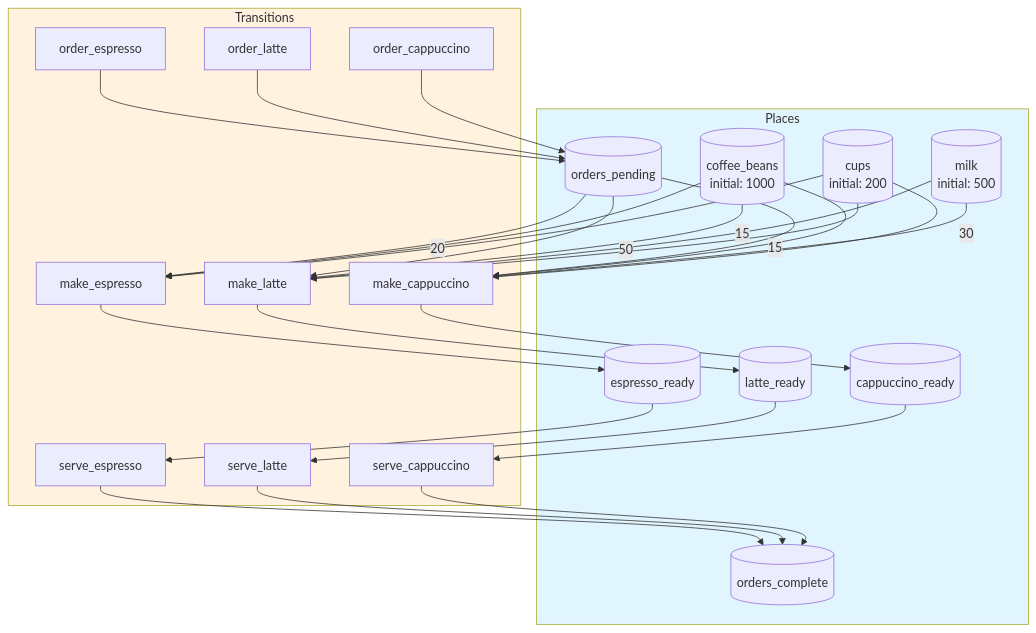
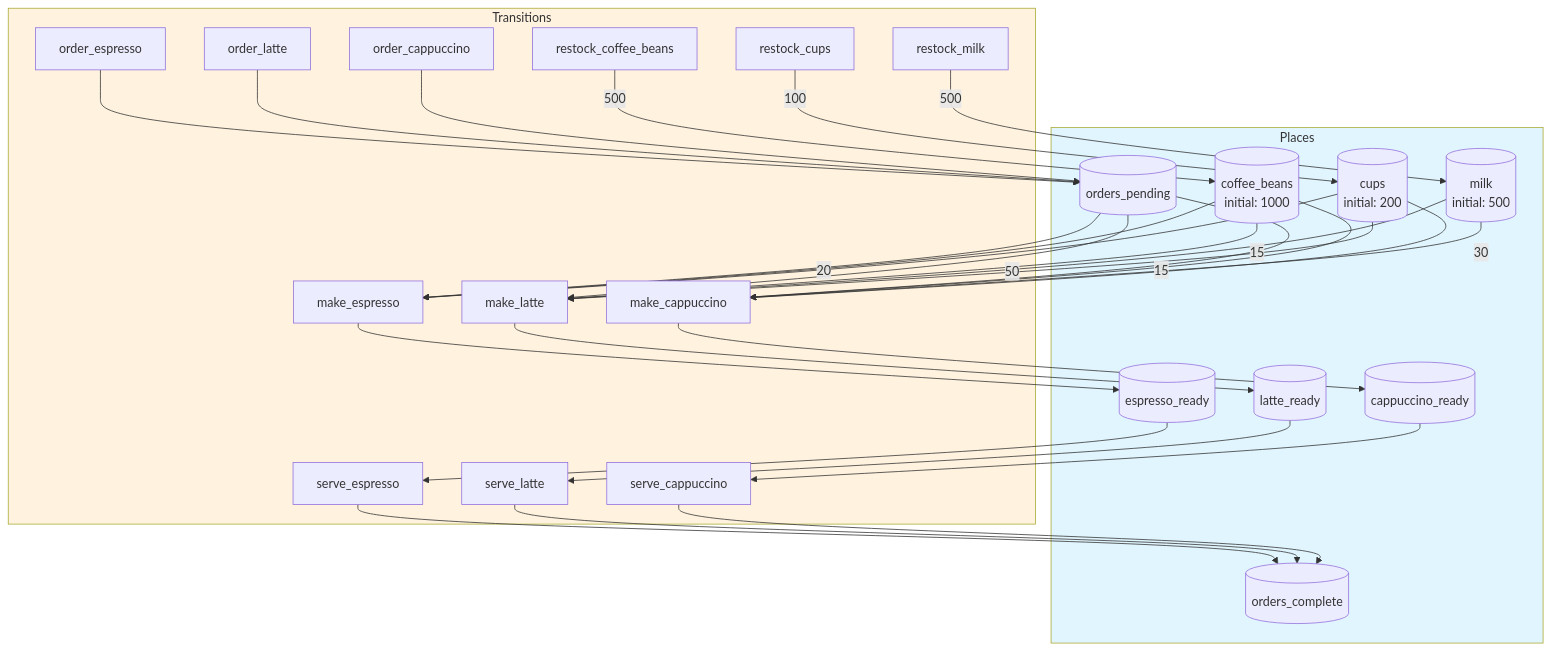
Before and after one commit to pflow-xyz/petri-pilot: the second of 3 diagrams in generated/coffeeshop/README.md, drawn with Mermaid. The commit also changed other lines of this file and 24 other files, not shown here.

````diff
--- a/generated/coffeeshop/README.md
+++ b/generated/coffeeshop/README.md
@@ -119,62 +131,71 @@
 ```mermaid
 flowchart TD
     subgraph Places
         PlaceCoffeeBeans[("coffee_beans<br/>initial: 1000")]
         PlaceMilk[("milk<br/>initial: 500")]
         PlaceCups[("cups<br/>initial: 200")]
         PlaceOrdersPending[("orders_pending")]
         PlaceEspressoReady[("espresso_ready")]
         PlaceLatteReady[("latte_ready")]
         PlaceCappuccinoReady[("cappuccino_ready")]
         PlaceOrdersComplete[("orders_complete")]
     end
 
     subgraph Transitions
         t_TransitionOrderEspresso["order_espresso"]
         t_TransitionOrderLatte["order_latte"]
         t_TransitionOrderCappuccino["order_cappuccino"]
         t_TransitionMakeEspresso["make_espresso"]
         t_TransitionMakeLatte["make_latte"]
         t_TransitionMakeCappuccino["make_cappuccino"]
         t_TransitionServeEspresso["serve_espresso"]
         t_TransitionServeLatte["serve_latte"]
         t_TransitionServeCappuccino["serve_cappuccino"]
+        t_TransitionRestockCoffeeBeans["restock_coffee_beans"]
+        t_TransitionRestockMilk["restock_milk"]
+        t_TransitionRestockCups["restock_cups"]
     end
 
 
     t_TransitionOrderEspresso --> PlaceOrdersPending
 
     t_TransitionOrderLatte --> PlaceOrdersPending
 
     t_TransitionOrderCappuccino --> PlaceOrdersPending
 
     PlaceOrdersPending --> t_TransitionMakeEspresso
     PlaceCoffeeBeans -->|20| t_TransitionMakeEspresso
     PlaceCups --> t_TransitionMakeEspresso
     t_TransitionMakeEspresso --> PlaceEspressoReady
 
     PlaceOrdersPending --> t_TransitionMakeLatte
     PlaceCoffeeBeans -->|15| t_TransitionMakeLatte
     PlaceMilk -->|50| t_TransitionMakeLatte
     PlaceCups --> t_TransitionMakeLatte
     t_TransitionMakeLatte --> PlaceLatteReady
 
     PlaceOrdersPending --> t_TransitionMakeCappuccino
     PlaceCoffeeBeans -->|15| t_TransitionMakeCappuccino
     PlaceMilk -->|30| t_TransitionMakeCappuccino
     PlaceCups --> t_TransitionMakeCappuccino
     t_TransitionMakeCappuccino --> PlaceCappuccinoReady
 
     PlaceEspressoReady --> t_TransitionServeEspresso
     t_TransitionServeEspresso --> PlaceOrdersComplete
 
     PlaceLatteReady --> t_TransitionServeLatte
     t_TransitionServeLatte --> PlaceOrdersComplete
 
     PlaceCappuccinoReady --> t_TransitionServeCappuccino
     t_TransitionServeCappuccino --> PlaceOrdersComplete
 
+    t_TransitionRestockCoffeeBeans -->|500| PlaceCoffeeBeans
+
+    t_TransitionRestockMilk -->|500| PlaceMilk
+
+    t_TransitionRestockCups -->|100| PlaceCups
+
 
     style Places fill:#e1f5fe
     style Transitions fill:#fff3e0
 ```
````
